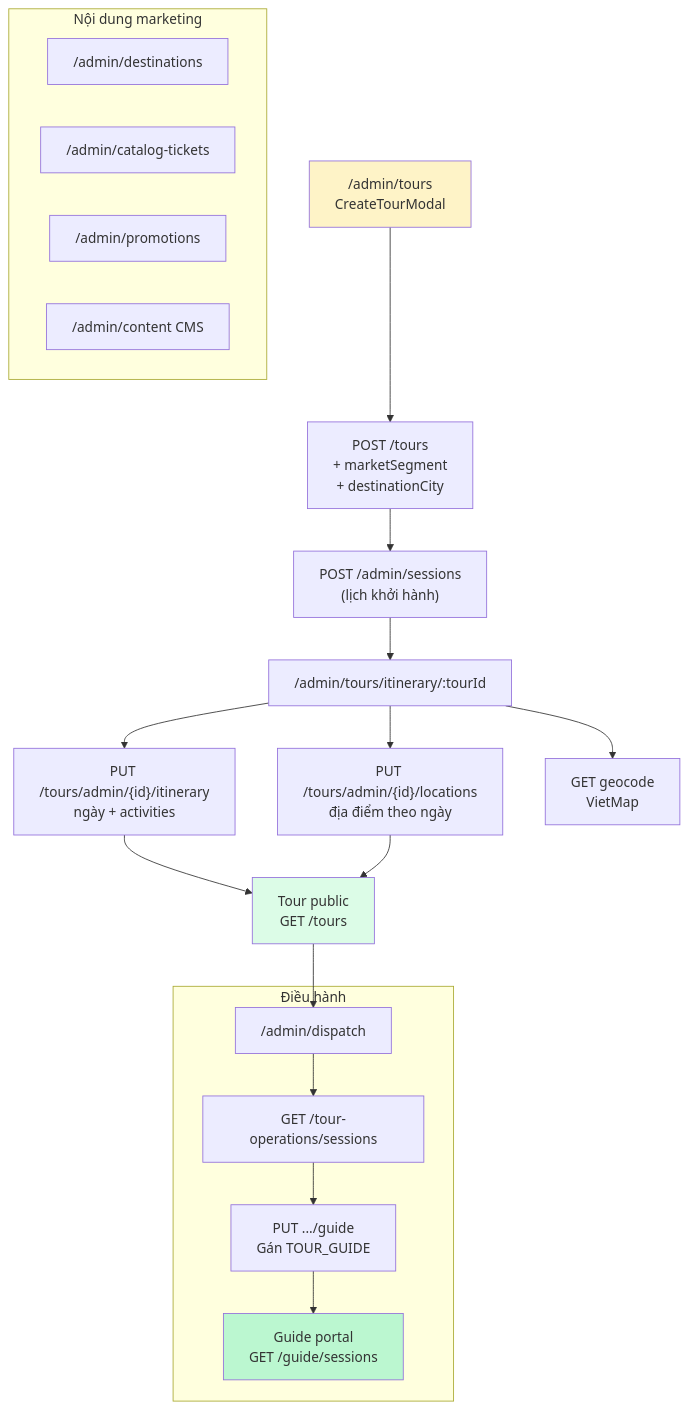
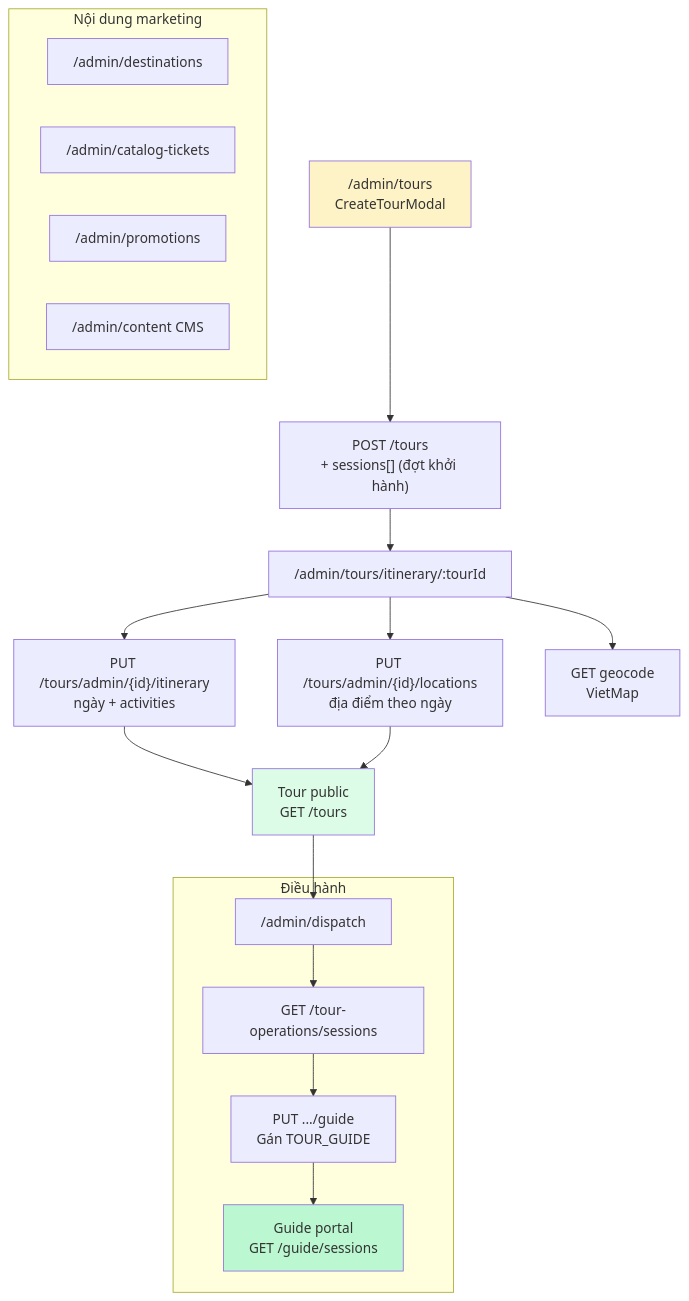
One commit to FlourishTravel/BE changed the diagram in docs/business-flows/09-admin-tour-lifecycle.mmd. Above: the diagram before and after it, drawn with Mermaid. The commit also changed 10 other files, not shown here.

```diff
--- a/docs/business-flows/09-admin-tour-lifecycle.mmd
+++ b/docs/business-flows/09-admin-tour-lifecycle.mmd
@@ -1,30 +1,29 @@
 flowchart TD
-    A1["/admin/tours\nCreateTourModal"] --> A2["POST /tours\n+ marketSegment\n+ destinationCity"]
-    A2 --> A3["POST /admin/sessions\n(lịch khởi hành)"]
-    A3 --> A4["/admin/tours/itinerary/:tourId"]
+    A1["/admin/tours\nCreateTourModal"] --> A2["POST /tours\n+ sessions[] (đợt khởi hành)"]
+    A2 --> A4["/admin/tours/itinerary/:tourId"]
 
     A4 --> A5["PUT /tours/admin/{id}/itinerary\nngày + activities"]
     A4 --> A6["PUT /tours/admin/{id}/locations\nđịa điểm theo ngày"]
     A4 --> A7["GET geocode\nVietMap"]
 
     A5 --> PUB["Tour public\nGET /tours"]
     A6 --> PUB
 
     subgraph Dispatch["Điều hành"]
         D1["/admin/dispatch"] --> D2["GET /tour-operations/sessions"]
         D2 --> D3["PUT .../guide\nGán TOUR_GUIDE"]
         D3 --> D4["Guide portal\nGET /guide/sessions"]
     end
 
     PUB --> D1
 
     subgraph Content["Nội dung marketing"]
         M1["/admin/destinations"]
         M2["/admin/catalog-tickets"]
         M3["/admin/promotions"]
         M4["/admin/content CMS"]
     end
 
     style A1 fill:#fef3c7
     style PUB fill:#dcfce7
     style D4 fill:#bbf7d0
```
